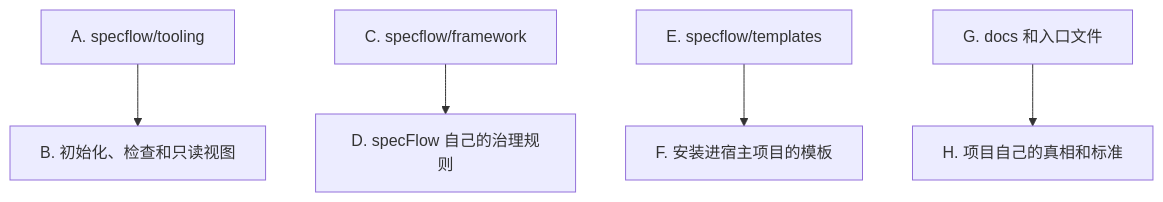
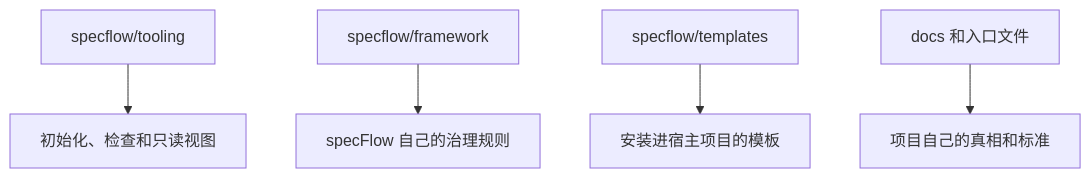
Before and after one commit to mfblog/specflow: the diagram in README.zh-CN.md, drawn with Mermaid. The commit also changed other lines of this file and 1 other file, not shown here.

````diff
--- a/README.zh-CN.md
+++ b/README.zh-CN.md
@@ -552,7 +287,7 @@
 ```mermaid
 flowchart TD
-    A["A. specflow/tooling"] --> B["B. 初始化、检查和只读视图"]
-    C["C. specflow/framework"] --> D["D. specFlow 自己的治理规则"]
-    E["E. specflow/templates"] --> F["F. 安装进宿主项目的模板"]
-    G["G. docs 和入口文件"] --> H["H. 项目自己的真相和标准"]
+    A["specflow/tooling"] --> B["初始化、检查和只读视图"]
+    C["specflow/framework"] --> D["specFlow 自己的治理规则"]
+    E["specflow/templates"] --> F["安装进宿主项目的模板"]
+    G["docs 和入口文件"] --> H["项目自己的真相和标准"]
 ```
````
